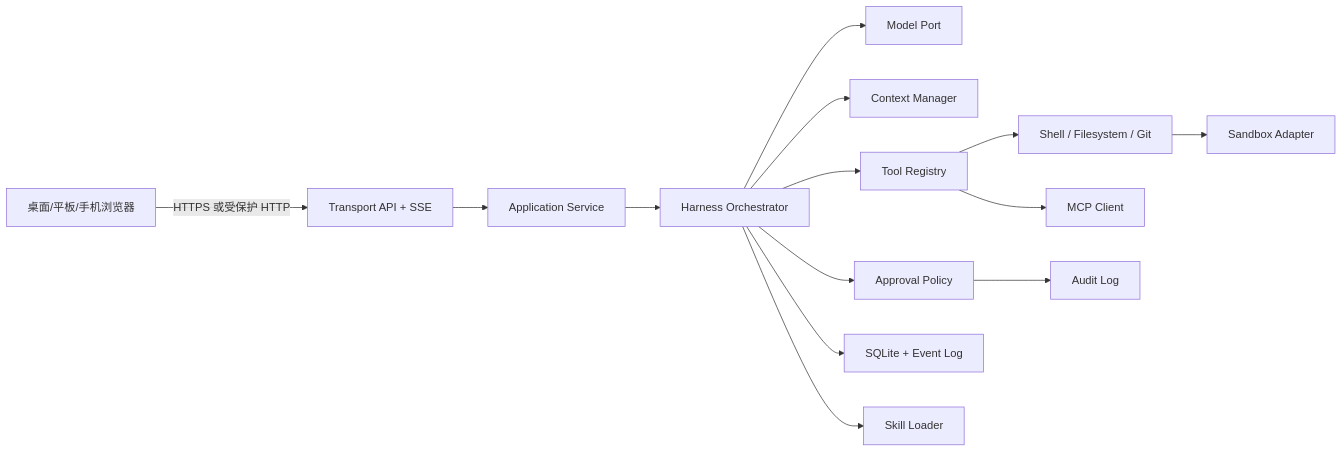
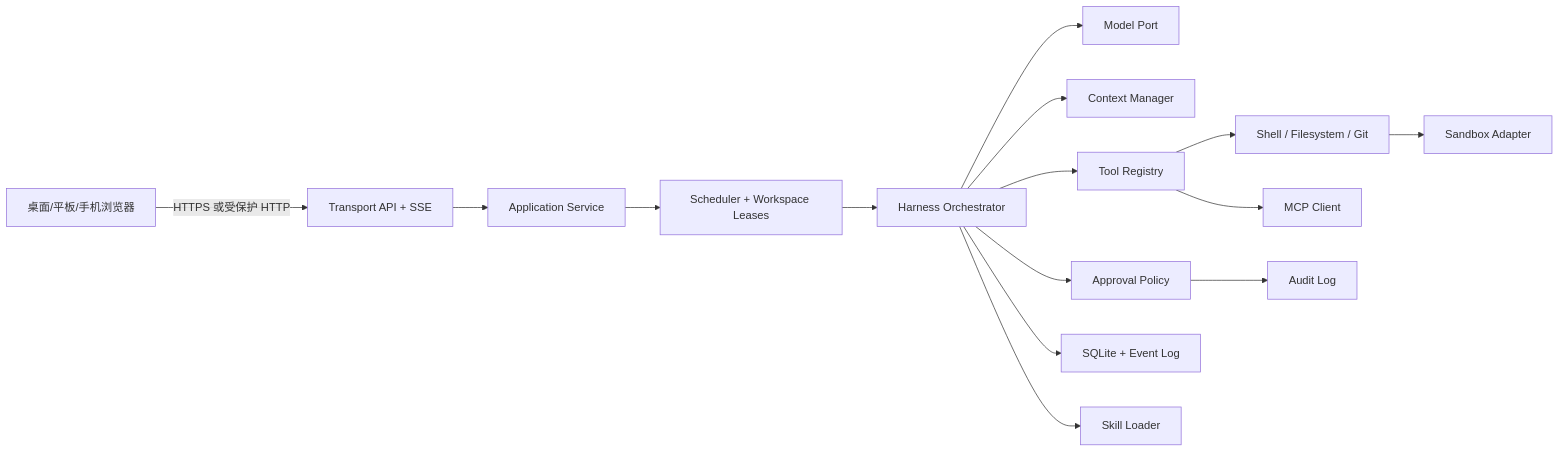
The diagram in docs/architecture.md (stlin256/VibeGo), drawn with Mermaid before and after one commit. The commit also changed other lines of this file and 8 other files, not shown here.

````diff
--- a/docs/architecture.md
+++ b/docs/architecture.md
@@ -7,16 +7,17 @@
 ```mermaid
 flowchart LR
   U[桌面/平板/手机浏览器] -->|HTTPS 或受保护 HTTP| T[Transport API + SSE]
   T --> A[Application Service]
-  A --> H[Harness Orchestrator]
+  A --> Q[Scheduler + Workspace Leases]
+  Q --> H[Harness Orchestrator]
   H --> M[Model Port]
   H --> C[Context Manager]
   H --> P[Approval Policy]
   H --> TR[Tool Registry]
   TR --> SH[Shell / Filesystem / Git]
   TR --> MC[MCP Client]
   SH --> SB[Sandbox Adapter]
   H --> ST[SQLite + Event Log]
   H --> SK[Skill Loader]
   P --> AU[Audit Log]
 ```
````
